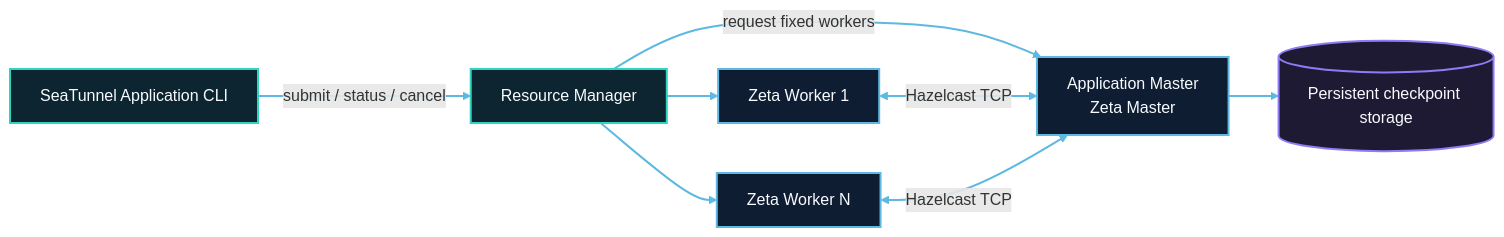
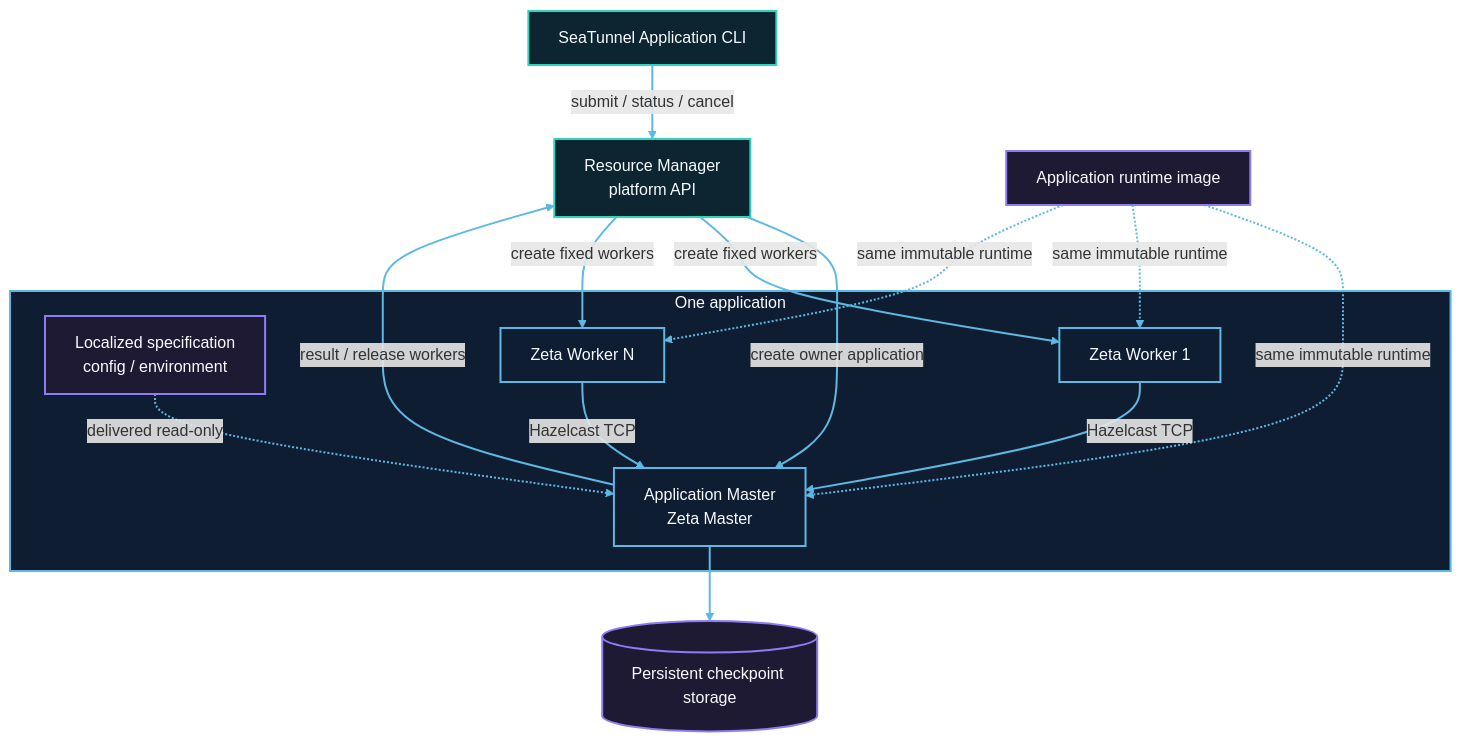
Before and after one commit to apache/seatunnel: the diagram in docs/en/getting-started/application/architecture.md, drawn with Mermaid. The commit also changed 1 other file, not shown here.

Commit message:
[Docs][Zeta] Enrich the application mode topology diagram

````diff
--- a/docs/en/getting-started/application/architecture.md
+++ b/docs/en/getting-started/application/architecture.md
@@ -15,18 +15,35 @@
 ```mermaid
-flowchart LR
-    cli["SeaTunnel Application CLI"] -->|submit / status / cancel| manager["Resource Manager"]
-    manager -->|request fixed workers| master["Application Master<br/>Zeta Master"]
-    manager --> worker1["Zeta Worker 1"]
-    manager --> workerN["Zeta Worker N"]
-    worker1 <-->|Hazelcast TCP| master
-    workerN <-->|Hazelcast TCP| master
-    master --> storage[("Persistent checkpoint storage")]
+flowchart TB
+    cli["SeaTunnel Application CLI"]
+    manager["Resource Manager<br/>platform API"]
+    image["Application runtime image"]
+    storage[("Persistent checkpoint storage")]
+
+    subgraph app["One application"]
+        spec["Localized specification<br/>config / environment"]
+        master["Application Master<br/>Zeta Master"]
+        worker1["Zeta Worker 1"]
+        workerN["Zeta Worker N"]
+    end
+
+    cli -->|submit / status / cancel| manager
+    manager -->|create owner application| master
+    spec -. delivered read-only .-> master
+    manager -->|create fixed workers| worker1
+    manager -->|create fixed workers| workerN
+    image -. same immutable runtime .-> master
+    image -. same immutable runtime .-> worker1
+    image -. same immutable runtime .-> workerN
+    worker1 -->|Hazelcast TCP| master
+    workerN -->|Hazelcast TCP| master
+    master -->|result / release workers| manager
+    master --> storage
 
     classDef layerCyan fill:#0c2530,stroke:#2dd4bf,stroke-width:2px,color:#f8fbff;
     classDef layerBlue fill:#0f1d33,stroke:#5db8e2,stroke-width:2px,color:#f8fbff;
     classDef layerPurple fill:#1f1a34,stroke:#8d7cf6,stroke-width:2px,color:#f8fbff;
     class cli,manager layerCyan;
-    class master,worker1,workerN layerBlue;
-    class storage layerPurple;
+    class app,master,worker1,workerN layerBlue;
+    class spec,image,storage layerPurple;
     linkStyle default stroke:#5db8e2,stroke-width:2px;
 ```
````
